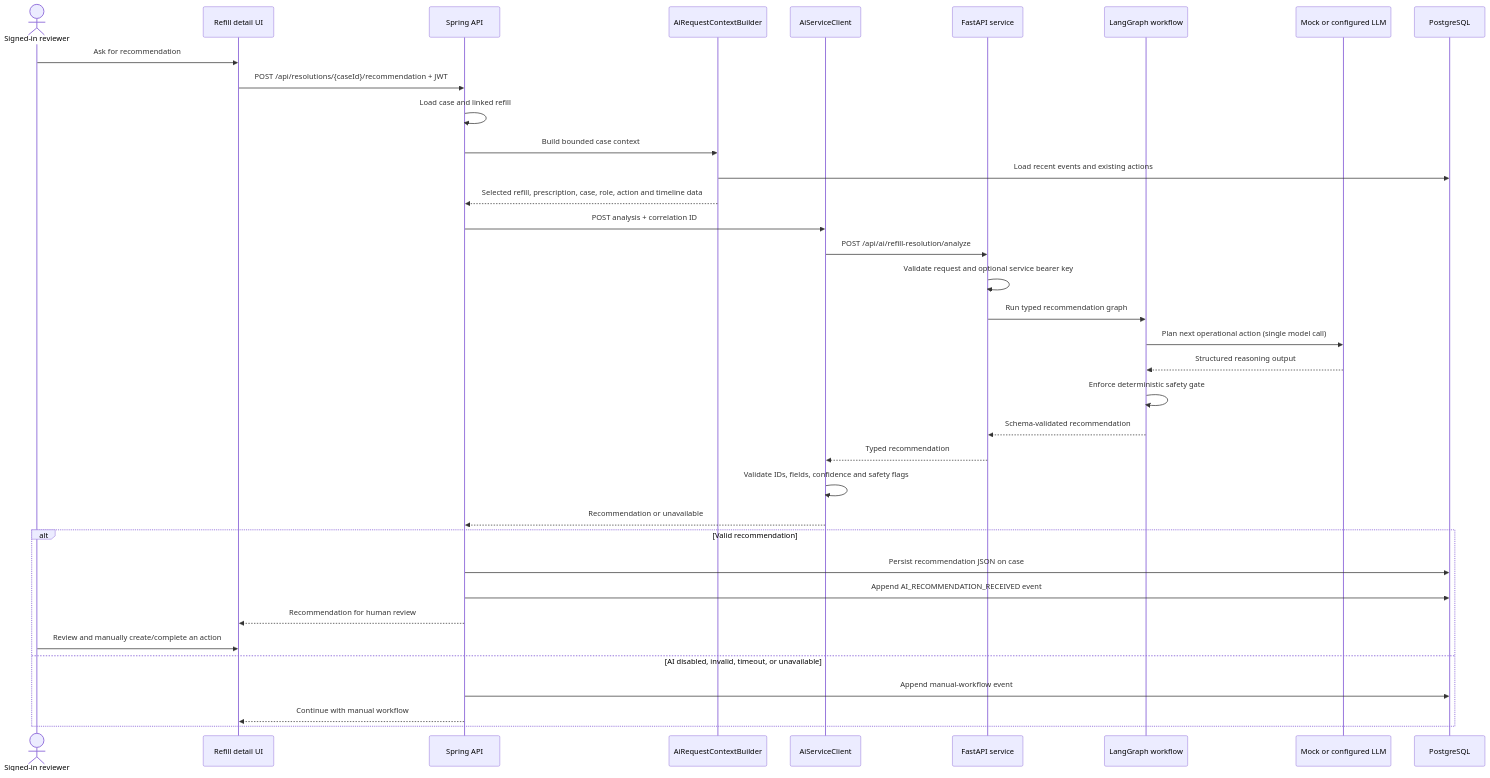
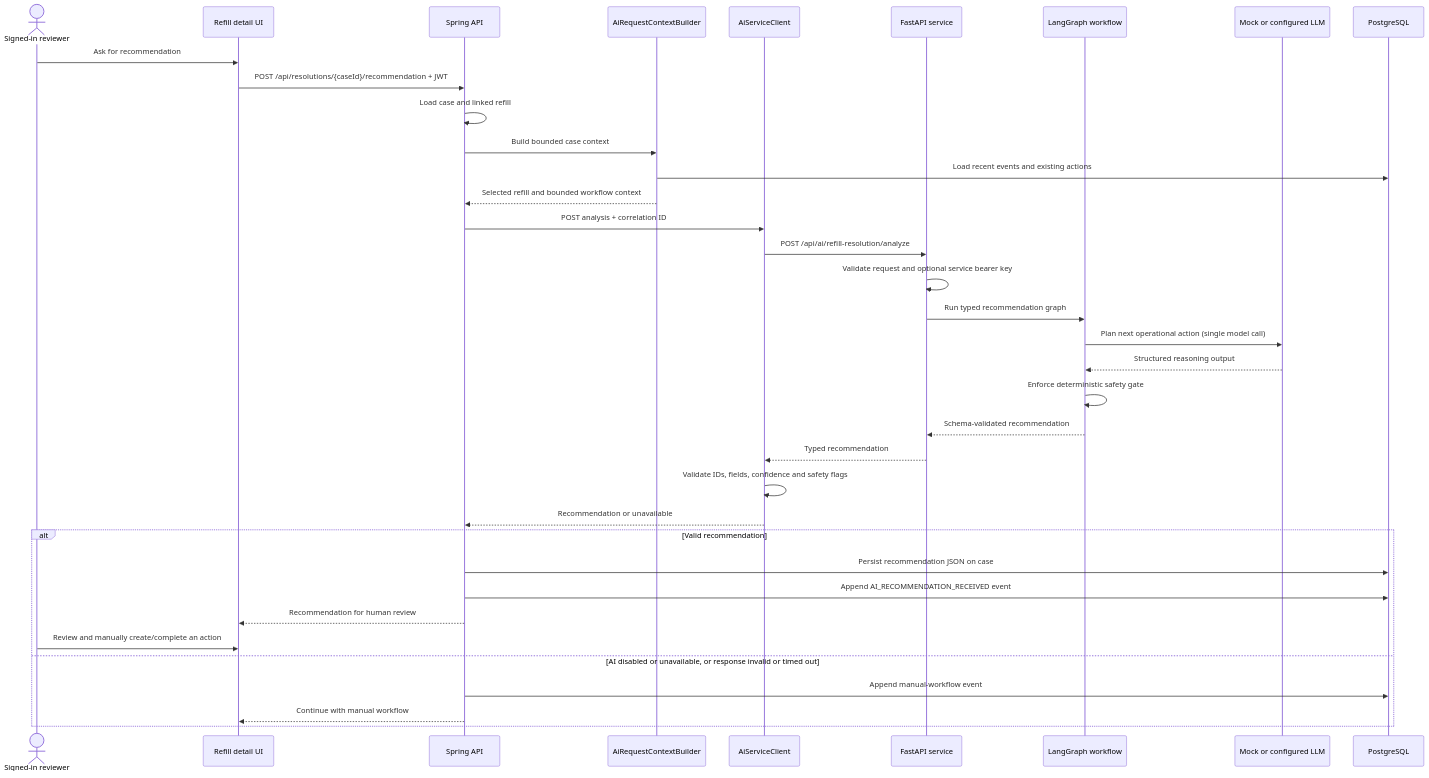
The fifth of 8 diagrams in README.md (Rayan-Mohammed-Rafeeq/zeno), drawn with Mermaid before and after one commit. The commit also changed other lines of this file, not shown here.

Commit message:
Fix Mermaid sequence diagram labels

````diff
--- a/README.md
+++ b/README.md
@@ -273,40 +273,40 @@
 ```mermaid
 sequenceDiagram
     actor Reviewer as Signed-in reviewer
     participant UI as Refill detail UI
     participant API as Spring API
     participant Builder as AiRequestContextBuilder
     participant Client as AiServiceClient
     participant AI as FastAPI service
     participant Graph as LangGraph workflow
     participant Model as Mock or configured LLM
     participant DB as PostgreSQL
 
     Reviewer->>UI: Ask for recommendation
     UI->>API: POST /api/resolutions/{caseId}/recommendation + JWT
     API->>API: Load case and linked refill
     API->>Builder: Build bounded case context
     Builder->>DB: Load recent events and existing actions
-    Builder-->>API: Selected refill, prescription, case, role, action and timeline data
+    Builder-->>API: Selected refill and bounded workflow context
     API->>Client: POST analysis + correlation ID
     Client->>AI: POST /api/ai/refill-resolution/analyze
     AI->>AI: Validate request and optional service bearer key
     AI->>Graph: Run typed recommendation graph
     Graph->>Model: Plan next operational action (single model call)
     Model-->>Graph: Structured reasoning output
     Graph->>Graph: Enforce deterministic safety gate
     Graph-->>AI: Schema-validated recommendation
     AI-->>Client: Typed recommendation
     Client->>Client: Validate IDs, fields, confidence and safety flags
     Client-->>API: Recommendation or unavailable
 
     alt Valid recommendation
         API->>DB: Persist recommendation JSON on case
         API->>DB: Append AI_RECOMMENDATION_RECEIVED event
         API-->>UI: Recommendation for human review
         Reviewer->>UI: Review and manually create/complete an action
-    else AI disabled, invalid, timeout, or unavailable
+    else AI disabled or unavailable, or response invalid or timed out
         API->>DB: Append manual-workflow event
         API-->>UI: Continue with manual workflow
     end
 ```
````
